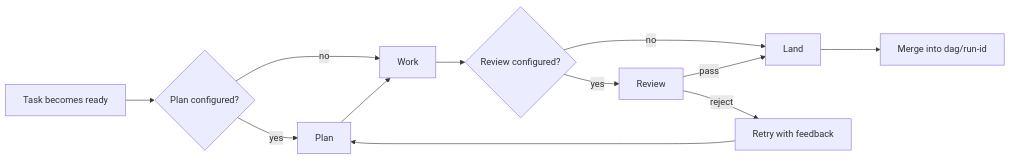
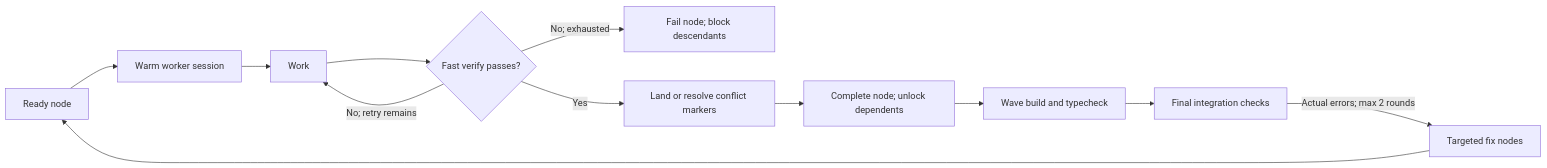
One commit to JoeFresco1/DAG_orchestrator changed the diagram in README.md. Above: the diagram before and after it, drawn with Mermaid. The commit also changed other lines of this file and 143 other files, not shown here.

First line of the commit message:
Implement Flow 3.0 execution and guarded agent repair

````diff
--- a/README.md
+++ b/README.md
@@ -108,14 +119,14 @@
 ```mermaid
 flowchart LR
-  A[Task becomes ready] --> P{Plan configured?}
-  P -->|yes| B[Plan]
-  P -->|no| C[Work]
-  B --> C
-  C --> R{Review configured?}
-  R -->|yes| D[Review]
-  R -->|no| E[Land]
-  D -->|pass| E
-  D -->|reject| F[Retry with feedback]
-  F --> B
-  E --> G[Merge into dag/run-id]
+  A[Ready node] --> B[Warm worker session]
+  B --> C[Work]
+  C --> D{Fast verify passes?}
+  D -->|No; retry remains| C
+  D -->|No; exhausted| F[Fail node; block descendants]
+  D -->|Yes| E[Land or resolve conflict markers]
+  E --> G[Complete node; unlock dependents]
+  G --> H[Wave build and typecheck]
+  H --> I[Final integration checks]
+  I -->|Actual errors; max 2 rounds| J[Targeted fix nodes]
+  J --> A
 ```
````
